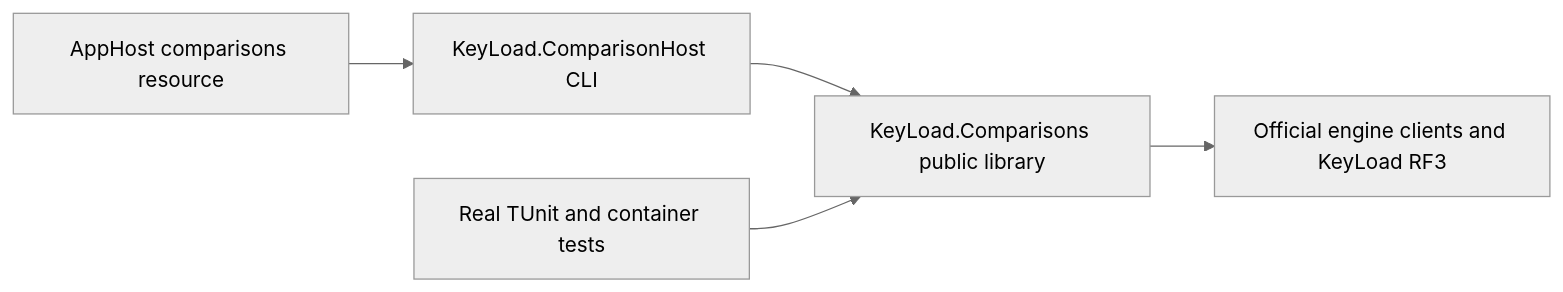
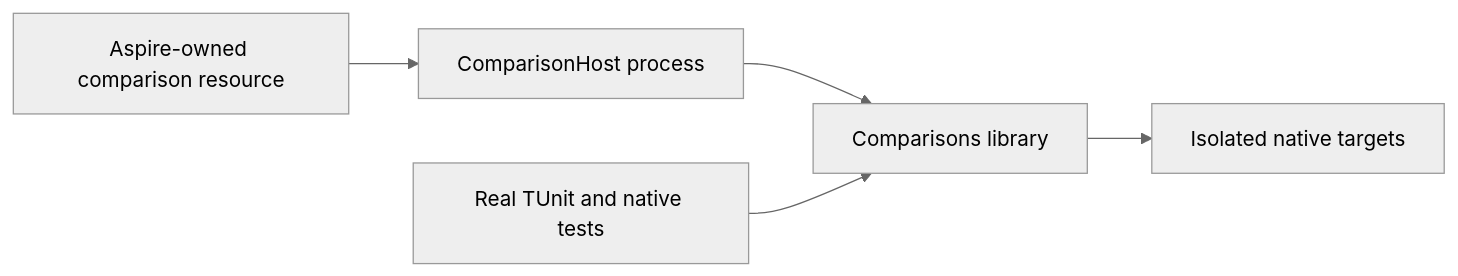
One commit to managedcode/KeyLoad changed the diagram in docs/ADR/ADR-043-comparison-library-host.md. Above: the diagram before and after it, drawn with Mermaid (neutral theme). The commit also changed other lines of this file and 152 other files, not shown here.

````diff
--- a/docs/ADR/ADR-043-comparison-library-host.md
+++ b/docs/ADR/ADR-043-comparison-library-host.md
@@ -17,7 +10,7 @@
 ```mermaid
 flowchart LR
-    Aspire[AppHost comparisons resource] --> Host[KeyLoad.ComparisonHost CLI]
-    Host --> Library[KeyLoad.Comparisons public library]
-    Tests[Real TUnit and container tests] --> Library
-    Library --> Engines[Official engine clients and KeyLoad RF3]
+    Aspire[Aspire-owned comparison resource] --> Host[ComparisonHost process]
+    Host --> Library[Comparisons library]
+    Tests[Real TUnit and native tests] --> Library
+    Library --> Targets[Isolated native targets]
 ```
````
